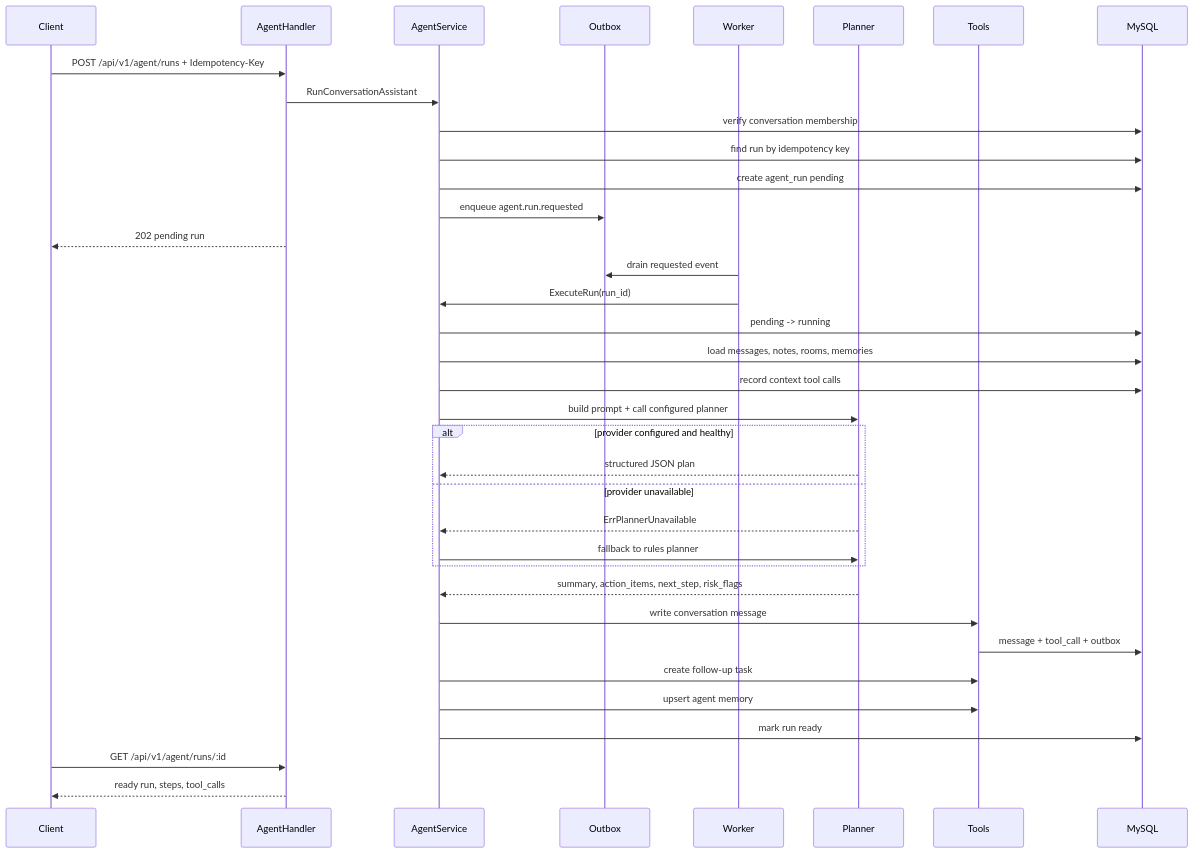
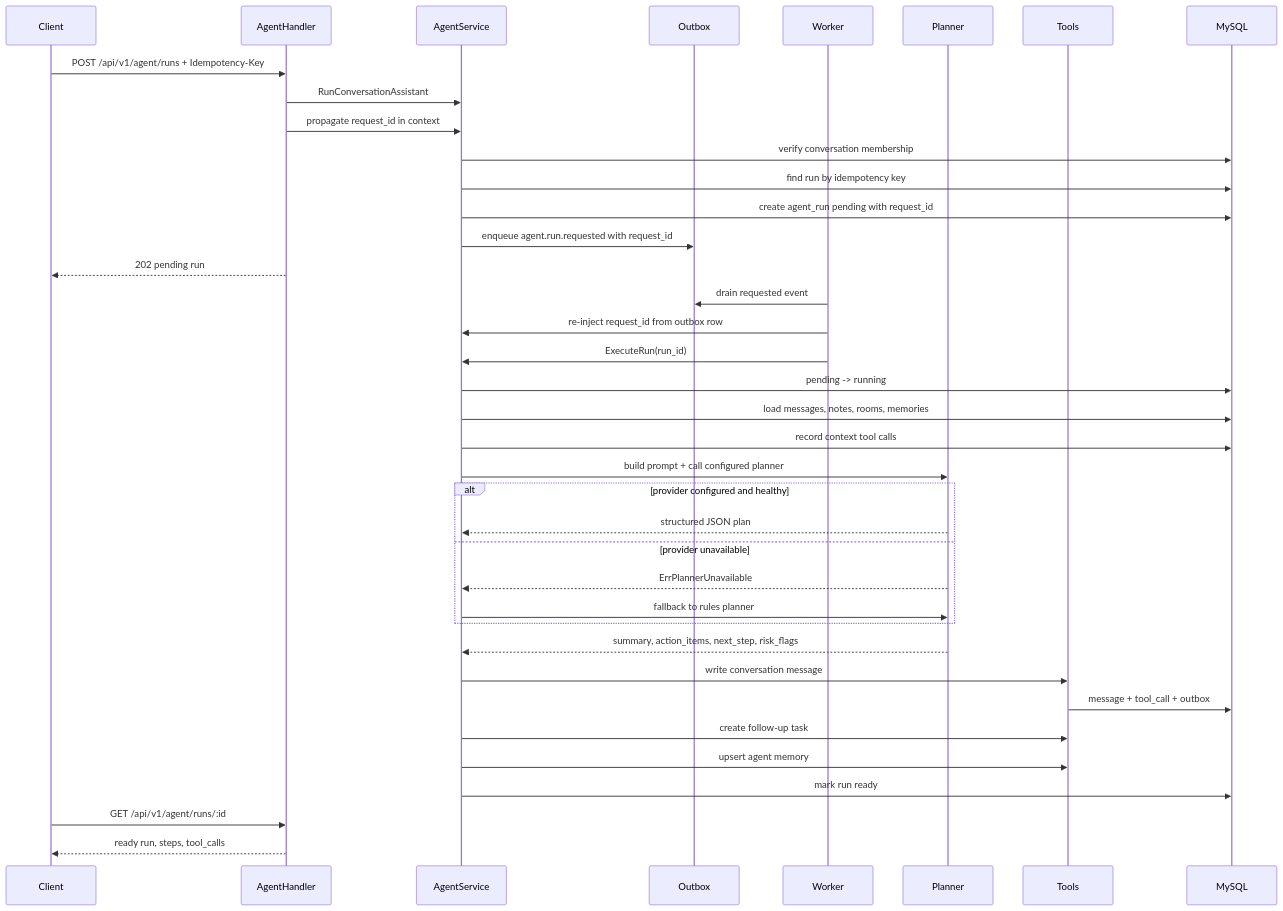
Before and after one commit to XianingY/AllCallAll: the third of 3 diagrams in docs/interview/system-design.md, drawn with Mermaid. The commit also changed other lines of this file and 21 other files, not shown here.

Commit message:
Propagate request trace through async backend

````diff
--- a/docs/interview/system-design.md
+++ b/docs/interview/system-design.md
@@ -80,39 +81,41 @@
 ```mermaid
 sequenceDiagram
     participant Client
     participant Handler as AgentHandler
     participant Service as AgentService
     participant Outbox
     participant Worker
     participant Planner
     participant Tools
     participant DB as MySQL
 
     Client->>Handler: POST /api/v1/agent/runs + Idempotency-Key
     Handler->>Service: RunConversationAssistant
+    Handler->>Service: propagate request_id in context
     Service->>DB: verify conversation membership
     Service->>DB: find run by idempotency key
-    Service->>DB: create agent_run pending
-    Service->>Outbox: enqueue agent.run.requested
+    Service->>DB: create agent_run pending with request_id
+    Service->>Outbox: enqueue agent.run.requested with request_id
     Handler-->>Client: 202 pending run
     Worker->>Outbox: drain requested event
+    Worker->>Service: re-inject request_id from outbox row
     Worker->>Service: ExecuteRun(run_id)
     Service->>DB: pending -> running
     Service->>DB: load messages, notes, rooms, memories
     Service->>DB: record context tool calls
     Service->>Planner: build prompt + call configured planner
     alt provider configured and healthy
         Planner-->>Service: structured JSON plan
     else provider unavailable
         Planner-->>Service: ErrPlannerUnavailable
         Service->>Planner: fallback to rules planner
     end
     Planner-->>Service: summary, action_items, next_step, risk_flags
     Service->>Tools: write conversation message
     Tools->>DB: message + tool_call + outbox
     Service->>Tools: create follow-up task
     Service->>Tools: upsert agent memory
     Service->>DB: mark run ready
     Client->>Handler: GET /api/v1/agent/runs/:id
     Handler-->>Client: ready run, steps, tool_calls
 ```
````
